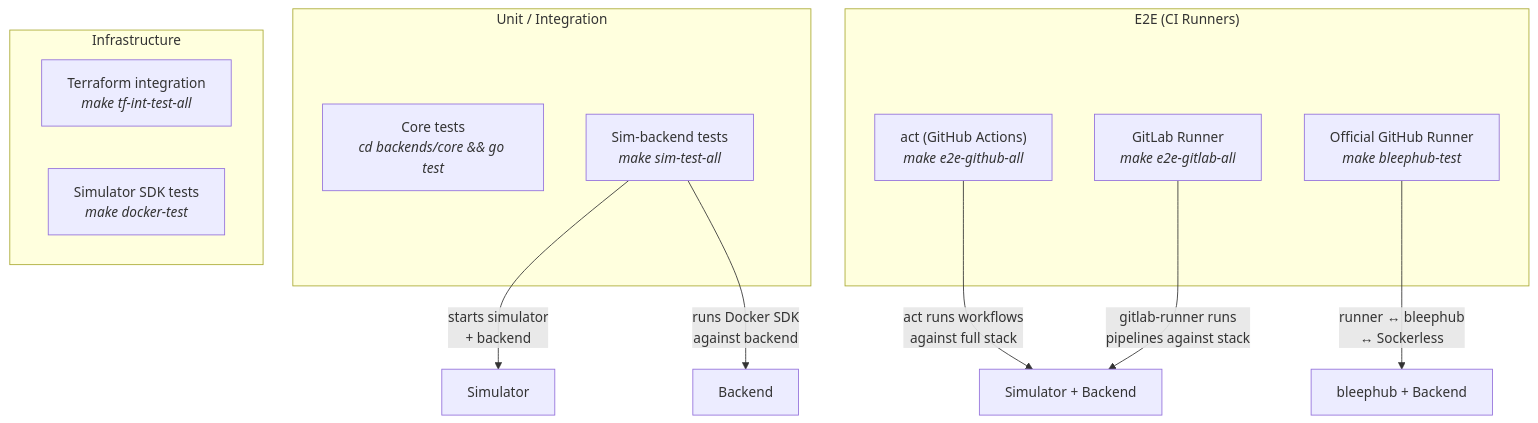
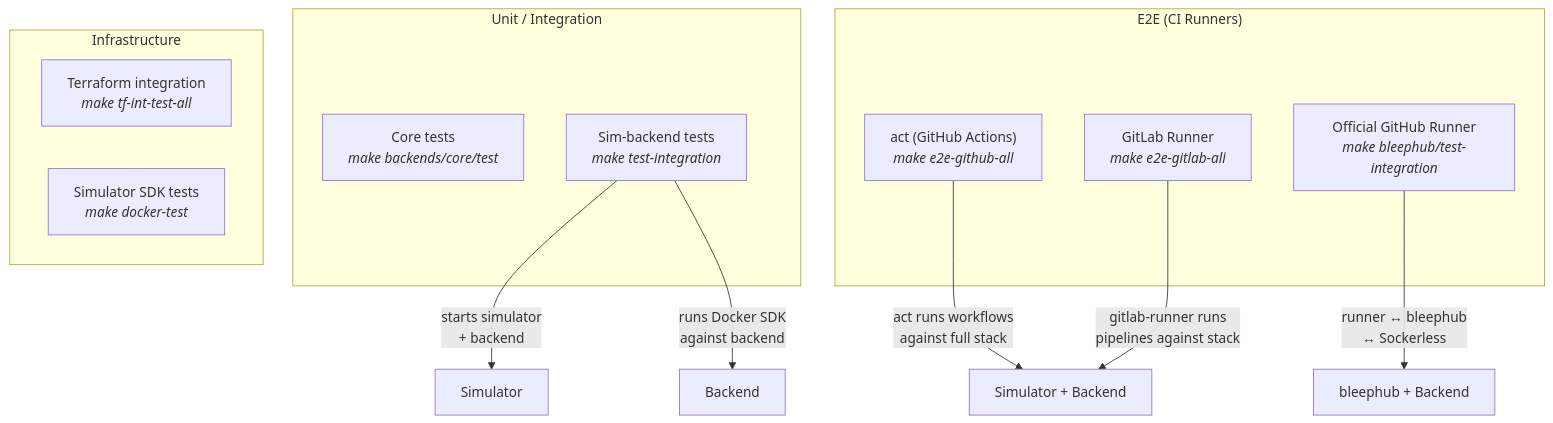
One commit to e6qu/sockerless changed diagram 19 of 19 in ARCHITECTURE.md. Above: the diagram before and after it, drawn with Mermaid. The commit also changed other lines of this file and 17 other files, not shown here.

````diff
--- a/ARCHITECTURE.md
+++ b/ARCHITECTURE.md
@@ -594,24 +594,24 @@
 ```mermaid
 graph TB
     subgraph "Unit / Integration"
-        IT["Core tests<br/><i>cd backends/core && go test</i>"]
-        ST["Sim-backend tests<br/><i>make sim-test-all</i>"]
+        IT["Core tests<br/><i>make backends/core/test</i>"]
+        ST["Sim-backend tests<br/><i>make test-integration</i>"]
     end
 
     subgraph "E2E (CI Runners)"
         GH["act (GitHub Actions)<br/><i>make e2e-github-all</i>"]
         GL["GitLab Runner<br/><i>make e2e-gitlab-all</i>"]
-        BPH["Official GitHub Runner<br/><i>make bleephub-test</i>"]
+        BPH["Official GitHub Runner<br/><i>make bleephub/test-integration</i>"]
     end
 
     subgraph "Infrastructure"
         TF["Terraform integration<br/><i>make tf-int-test-all</i>"]
         SDK3["Simulator SDK tests<br/><i>make docker-test</i>"]
     end
 
     ST -->|"starts simulator<br/>+ backend"| SIM3["Simulator"]
     ST -->|"runs Docker SDK<br/>against backend"| BE3["Backend"]
     GH -->|"act runs workflows<br/>against full stack"| STACK["Simulator + Backend"]
     GL -->|"gitlab-runner runs<br/>pipelines against stack"| STACK
     BPH -->|"runner ↔ bleephub<br/>↔ Sockerless"| BSTACK["bleephub + Backend"]
 ```
````
